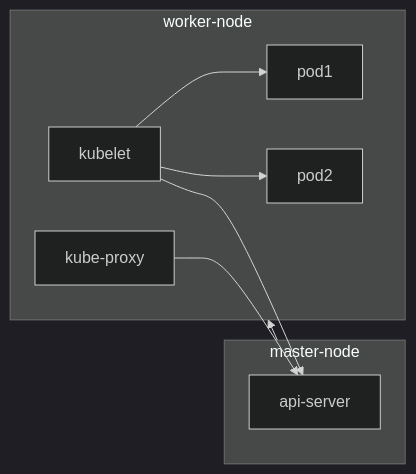
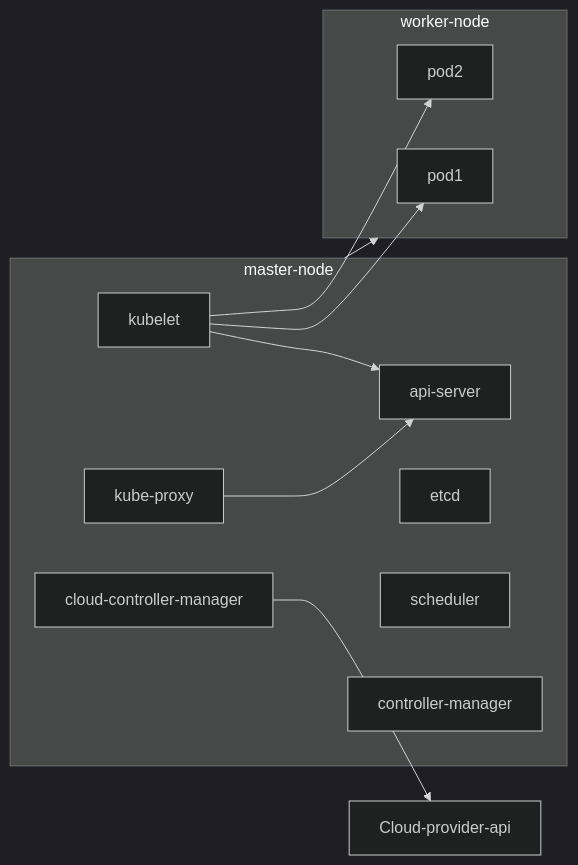
The diagram in kubernetes/README.md (chengr4/study-technologies), drawn with Mermaid (dark theme) before and after one commit. The commit also changed other lines of this file and 1 other file, not shown here.

Commit message:
update flowchart

````diff
--- a/kubernetes/README.md
+++ b/kubernetes/README.md
@@ -14,15 +15,21 @@
 ```mermaid
 flowchart LR
+  subgraph master-node
+    kubelet --> api-server
+    kube-proxy --> api-server
+    etcd
+    scheduler
+    controller-manager
+    cloud-controller-manager
+  end
+
   subgraph worker-node
     kubelet --> pod1
     kubelet --> pod2
     kube-proxy
   end
-  
-  subgraph master-node
-    kubelet --> api-server
-    kube-proxy --> api-server
-  end
 
   master-node --> worker-node
+  cloud-controller-manager --> Cloud-provider-api
+
 ```
````
